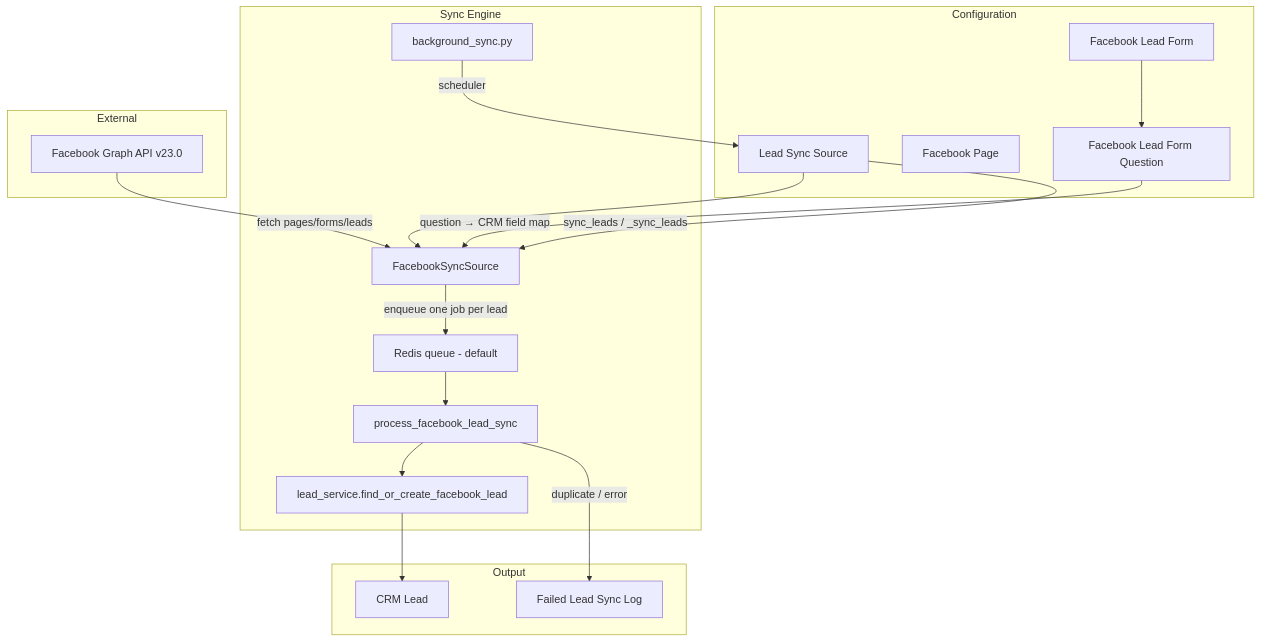
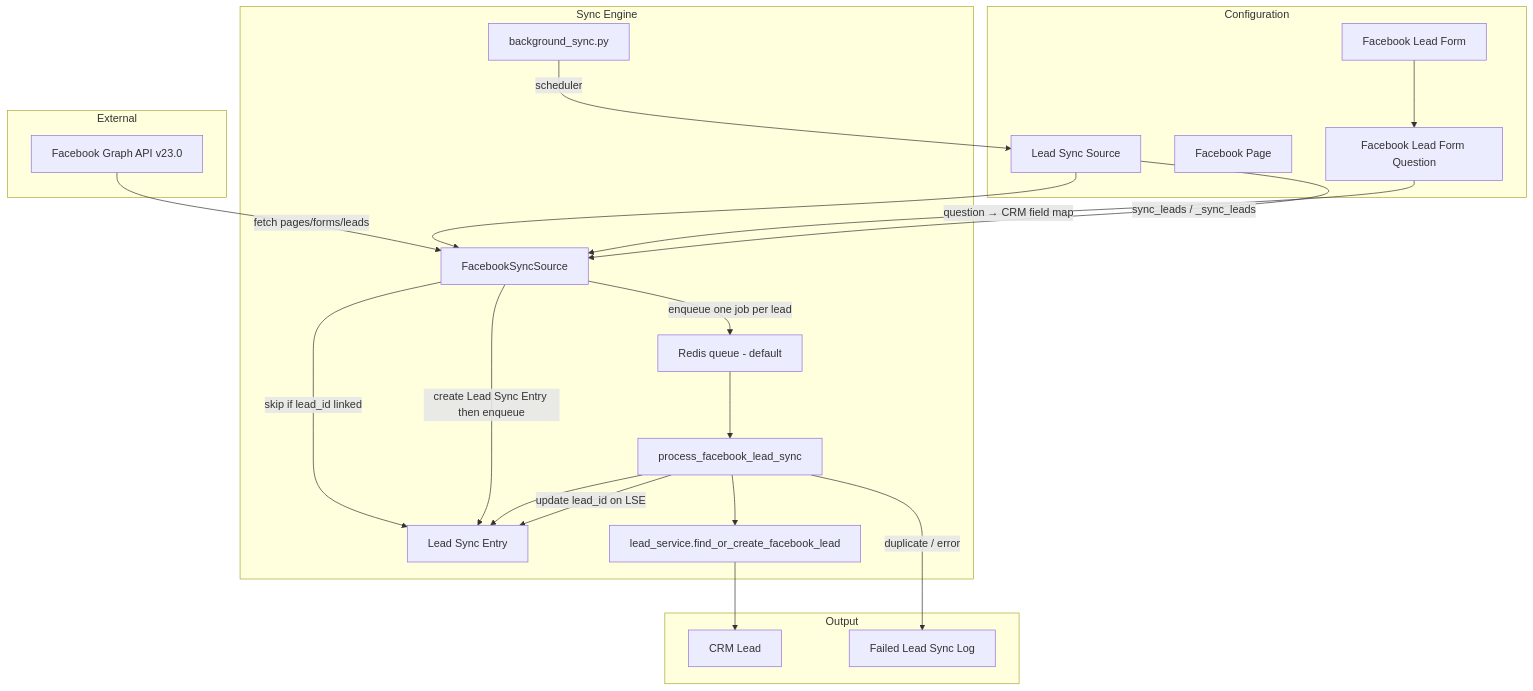
One commit to CarrumMobility/frappe-core changed the first of 2 diagrams in docs/technical/lead_sync_source.md. Above: the diagram before and after it, drawn with Mermaid. The commit also changed other lines of this file and 8 other files, not shown here.

````diff
--- a/docs/technical/lead_sync_source.md
+++ b/docs/technical/lead_sync_source.md
@@ -19,38 +19,43 @@
 ```mermaid
 flowchart TB
     subgraph External
         FB[Facebook Graph API v23.0]
     end
 
     subgraph Configuration
         LSS[Lead Sync Source]
         FBP[Facebook Page]
         FBLF[Facebook Lead Form]
         FBLFQ[Facebook Lead Form Question]
     end
 
     subgraph Sync Engine
         FBS[FacebookSyncSource]
         BG[background_sync.py]
         Q[Redis queue - default]
         W[process_facebook_lead_sync]
+        LSE[Lead Sync Entry]
         LS[lead_service.find_or_create_facebook_lead]
     end
 
     subgraph Output
         CRM[CRM Lead]
         FLL[Failed Lead Sync Log]
     end
 
     FB -->|fetch pages/forms/leads| FBS
     LSS --> FBS
     FBLF --> FBLFQ
     FBLFQ -->|question → CRM field map| FBS
     BG -->|scheduler| LSS
     LSS -->|sync_leads / _sync_leads| FBS
+    FBS -->|skip if lead_id linked| LSE
+    FBS -->|create Lead Sync Entry then enqueue| LSE
     FBS -->|enqueue one job per lead| Q
     Q --> W
+    W --> LSE
     W --> LS
     LS --> CRM
+    W -->|update lead_id on LSE| LSE
     W -->|duplicate / error| FLL
 ```
````
